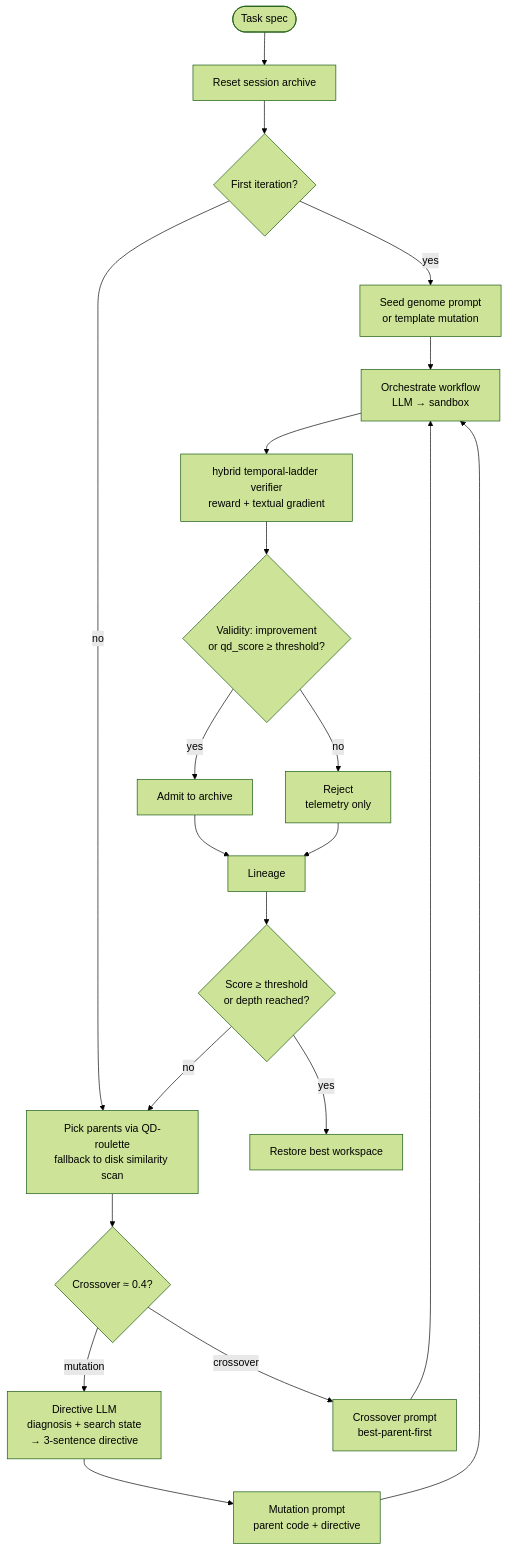
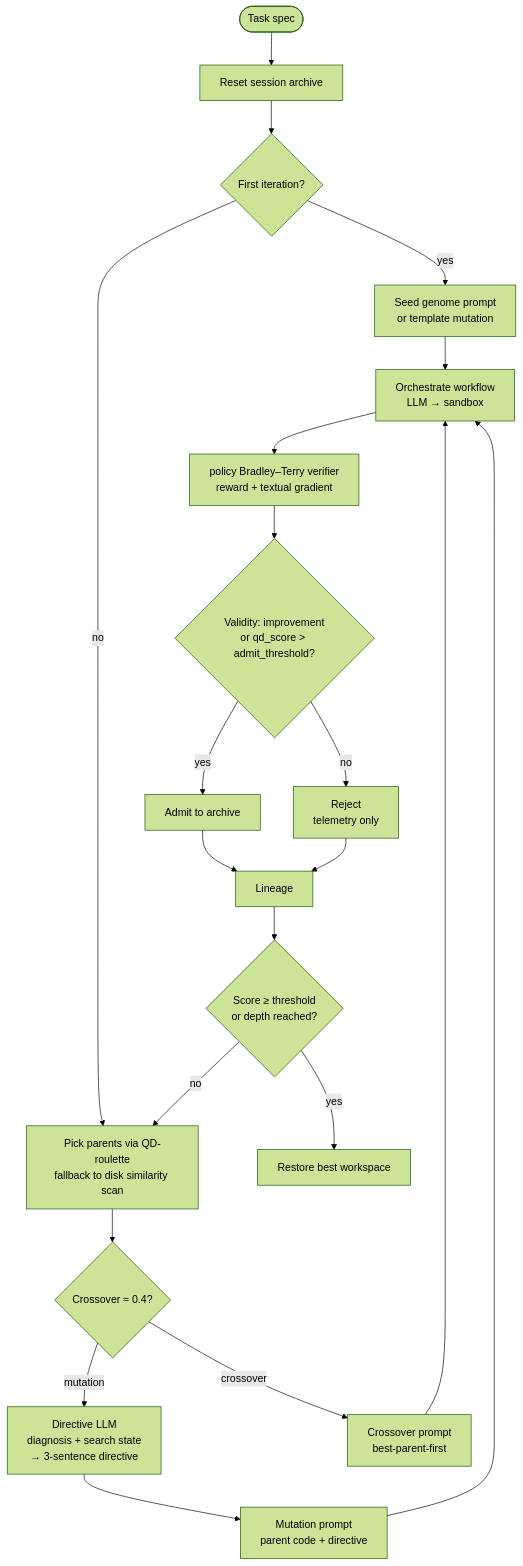
Before and after one commit to HolobiomicsLab/Mimosa-AI: the diagram in docs/concepts/evolution-engine.md, drawn with Mermaid (forest theme). The commit also changed other lines of this file and 29 other files, not shown here.

Commit message:
docs(about,concepts,developer,evaluation,getting-started,info-flow,reference,usage): match pages to current code

````diff
--- a/docs/concepts/evolution-engine.md
+++ b/docs/concepts/evolution-engine.md
@@ -13,23 +13,23 @@
 ```mermaid
 flowchart TB
     Start([Task spec]) --> Reset[Reset session archive]
     Reset --> Seed{First iteration?}
     Seed -- yes --> SeedPrompt[Seed genome prompt<br/>or template mutation]
     Seed -- no --> Pick[Pick parents via QD-roulette<br/>fallback to disk similarity scan]
     SeedPrompt --> Orch[Orchestrate workflow<br/>LLM → sandbox]
     Pick --> Decide{Crossover ≈ 0.4?}
     Decide -- mutation --> Think[Directive LLM<br/>diagnosis + search state<br/>→ 3-sentence directive]
     Decide -- crossover --> Cross[Crossover prompt<br/>best-parent-first]
     Think --> Mut[Mutation prompt<br/>parent code + directive]
     Mut --> Orch
     Cross --> Orch
-    Orch --> Eval[hybrid temporal-ladder verifier<br/>reward + textual gradient]
-    Eval --> Admit{Validity: improvement<br/>or qd_score ≥ threshold?}
+    Orch --> Eval[policy Bradley–Terry verifier<br/>reward + textual gradient]
+    Eval --> Admit{Validity: improvement<br/>or qd_score > admit_threshold?}
     Admit -- yes --> Archive[Admit to archive]
     Admit -- no --> Reject[Reject<br/>telemetry only]
     Archive --> Lin[Lineage]
     Reject --> Lin
     Lin --> Stop{Score ≥ threshold<br/>or depth reached?}
     Stop -- no --> Pick
     Stop -- yes --> Restore[Restore best workspace]
 ```
````
